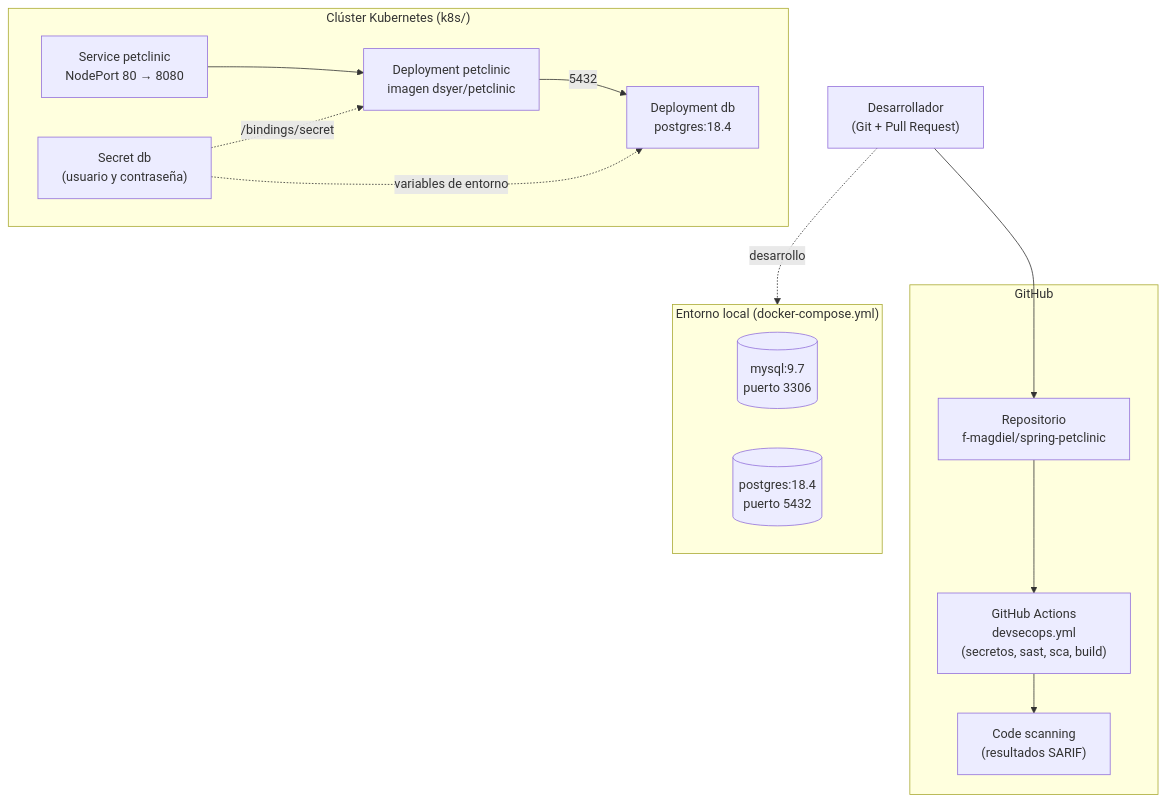
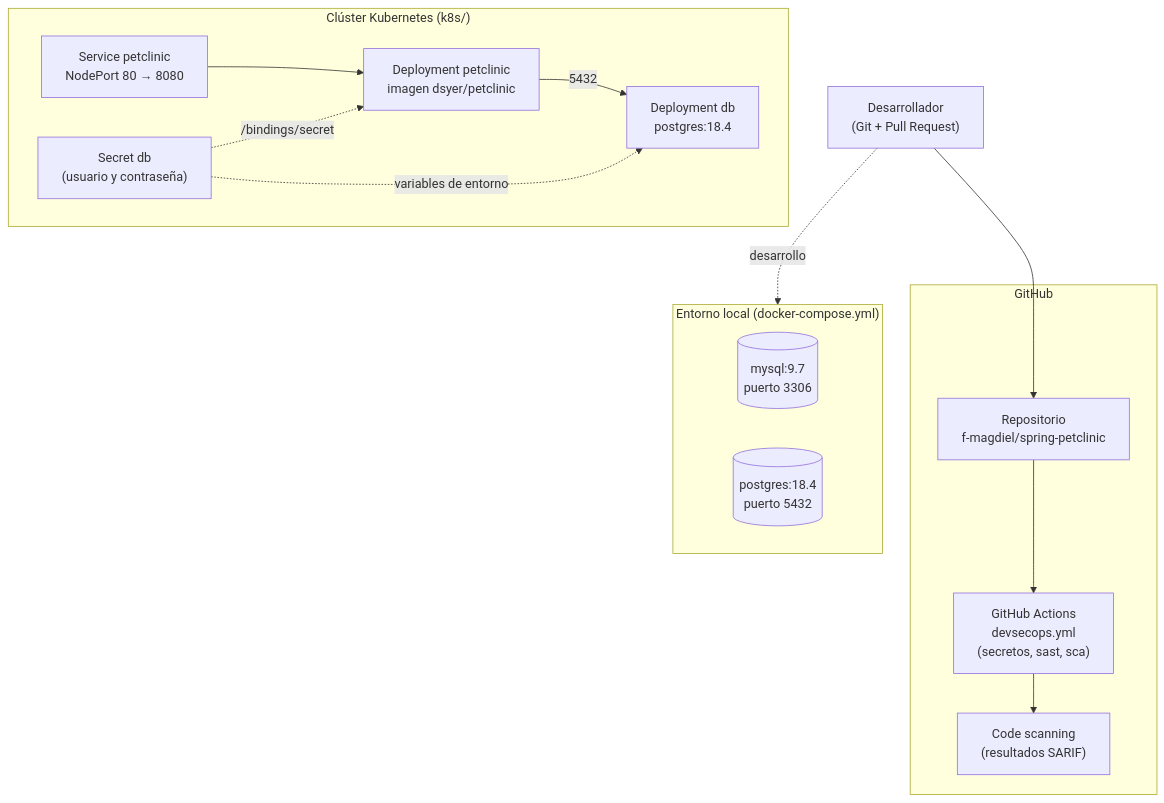
One commit to spring-projects/spring-petclinic changed the diagram in security/diseño/arquitectura.md. Above: the diagram before and after it, drawn with Mermaid. The commit also changed 5 other files, not shown here.

First line of the commit message:
docs: corregir los jobs de devsecops.yml en los diagramas de despliegue y el DFD

````diff
--- a/security/diseño/arquitectura.md
+++ b/security/diseño/arquitectura.md
@@ -30,31 +30,31 @@
 ```mermaid
 flowchart TB
     DEV["Desarrollador<br/>(Git + Pull Request)"]
 
     subgraph GH["GitHub"]
         REPO["Repositorio<br/>f-magdiel/spring-petclinic"]
-        CI["GitHub Actions<br/>devsecops.yml<br/>(secretos, sast, sca, build)"]
+        CI["GitHub Actions<br/>devsecops.yml<br/>(secretos, sast, sca)"]
         SEC["Code scanning<br/>(resultados SARIF)"]
     end
 
     subgraph LOCAL["Entorno local (docker-compose.yml)"]
         DCM[("mysql:9.7<br/>puerto 3306")]
         DCP[("postgres:18.4<br/>puerto 5432")]
     end
 
     subgraph K8S["Clúster Kubernetes (k8s/)"]
         SVC["Service petclinic<br/>NodePort 80 → 8080"]
         POD["Deployment petclinic<br/>imagen dsyer/petclinic"]
         PGD["Deployment db<br/>postgres:18.4"]
         SECR["Secret db<br/>(usuario y contraseña)"]
         SVC --> POD
         POD -- "5432" --> PGD
         SECR -. "variables de entorno" .-> PGD
         SECR -. "/bindings/secret" .-> POD
     end
 
     DEV --> REPO
     REPO --> CI
     CI --> SEC
     DEV -. "desarrollo" .-> LOCAL
 ```
````
